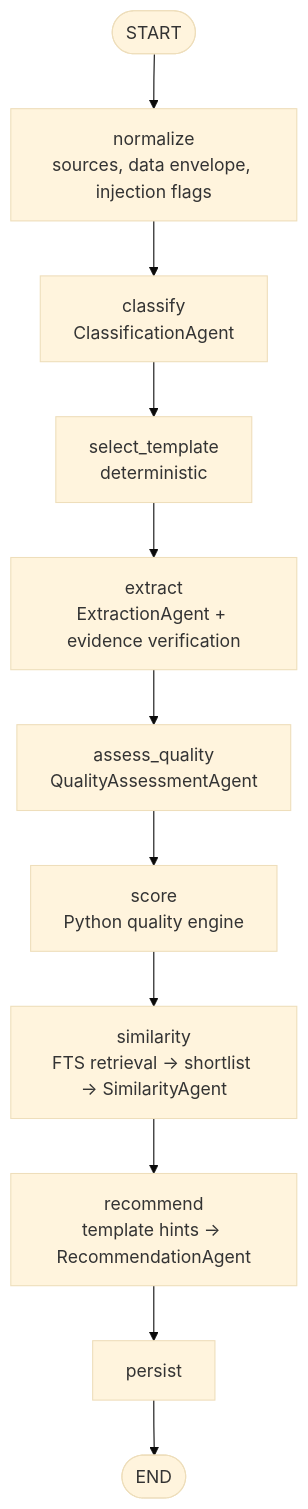
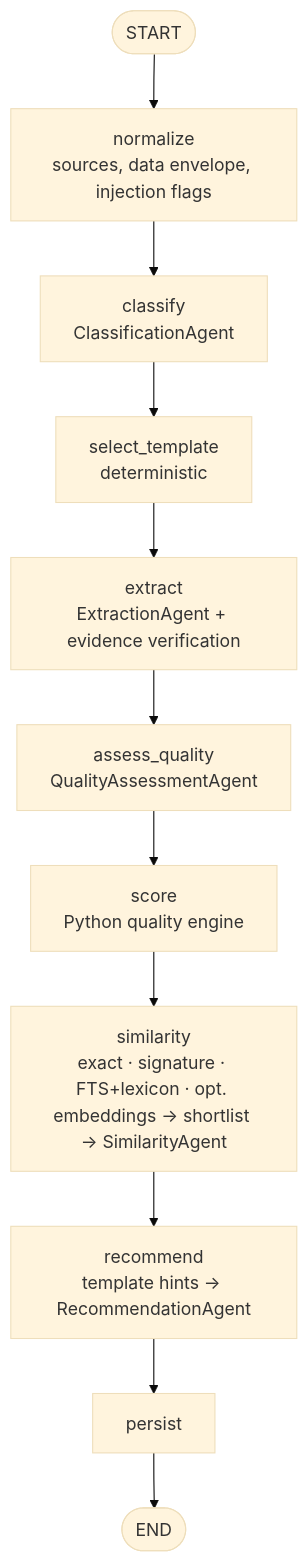
The diagram in docs/agents.md (mecitsemerci/branchops-intelligence), drawn with Mermaid (base theme) before and after one commit. The commit also changed other lines of this file and 21 other files, not shown here.

````diff
--- a/docs/agents.md
+++ b/docs/agents.md
@@ -10,13 +10,13 @@
 ```mermaid
 flowchart TD
     S([START]) --> N[normalize<br/>sources, data envelope, injection flags]
     N --> C[classify<br/>ClassificationAgent]
     C --> T[select_template<br/>deterministic]
     T --> E[extract<br/>ExtractionAgent + evidence verification]
     E --> Q[assess_quality<br/>QualityAssessmentAgent]
     Q --> SC[score<br/>Python quality engine]
-    SC --> SI[similarity<br/>FTS retrieval → shortlist → SimilarityAgent]
+    SC --> SI[similarity<br/>exact · signature · FTS+lexicon · opt. embeddings → shortlist → SimilarityAgent]
     SI --> R[recommend<br/>template hints → RecommendationAgent]
     R --> P[persist]
     P --> X([END])
 ```
````
